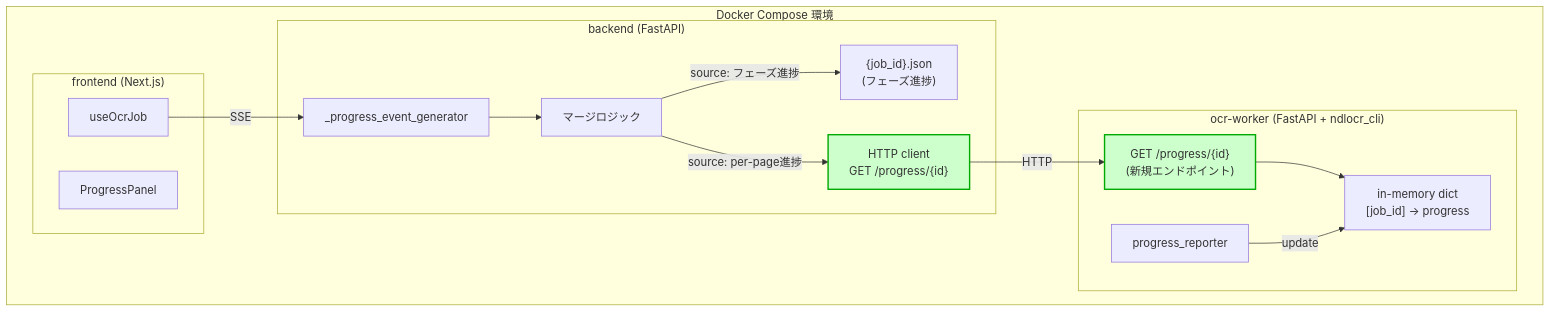
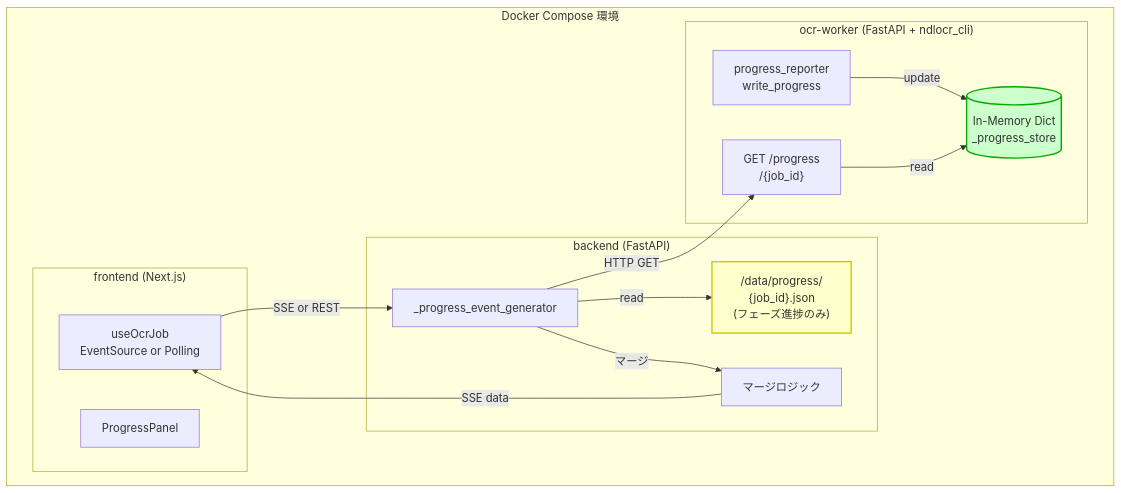
Before and after one commit to Hisao-Mizuochi-Develop/book2pdf: the third of 6 diagrams in docs/SY-CONTAINER-PROGRESS-API-DESIGN.md, drawn with Mermaid. The commit also changed other lines of this file and 3 other files, not shown here.

First line of the commit message:
docs(SY002001): restructure progress notification architecture specs

````diff
--- a/docs/SY-CONTAINER-PROGRESS-API-DESIGN.md
+++ b/docs/SY-CONTAINER-PROGRESS-API-DESIGN.md
@@ -110,33 +101,32 @@
 ```mermaid
 flowchart TB
     subgraph DockerCompose["Docker Compose 環境"]
         subgraph FE["frontend (Next.js)"]
             UI[ProgressPanel]
-            Hook[useOcrJob]
+            Hook["useOcrJob<br/>EventSource or Polling"]
         end
 
         subgraph BE["backend (FastAPI)"]
             Gen[_progress_event_generator]
-            Merge["マージロジック"]
-            FileBE["{job_id}.json<br/>(フェーズ進捗)"]
-            HTTP["HTTP client<br/>GET /progress/{id}"]
+            FileBE["/data/progress/<br/>{job_id}.json<br/>(フェーズ進捗のみ)"]
+            Merge[マージロジック]
         end
 
         subgraph OW["ocr-worker (FastAPI + ndlocr_cli)"]
-            Reporter[progress_reporter]
-            Dict["in-memory dict<br/>[job_id] → progress"]
-            EP["GET /progress/{id}<br/>(新規エンドポイント)"]
+            Reporter["progress_reporter<br/>write_progress"]
+            MEM[(In-Memory Dict<br/>_progress_store)]
+            EP["GET /progress<br/>/{job_id}"]
         end
     end
 
-    Hook -->|SSE| Gen
-    Gen --> Merge
-    Merge -->|source: フェーズ進捗| FileBE
-    Merge -->|source: per-page進捗| HTTP
-    HTTP -->|HTTP| EP
-    EP --> Dict
-    Reporter -->|update| Dict
+    Hook -->|SSE or REST| Gen
+    Gen -->|read| FileBE
+    Gen -->|HTTP GET| EP
+    Reporter -->|update| MEM
+    EP -->|read| MEM
+    Gen -->|マージ| Merge
+    Merge -->|SSE data| Hook
 
-    style HTTP fill:#ccffcc,stroke:#00aa00,stroke-width:2px
-    style EP fill:#ccffcc,stroke:#00aa00,stroke-width:2px
+    style MEM fill:#ccffcc,stroke:#00aa00,stroke-width:2px
+    style FileBE fill:#ffffcc,stroke:#cccc00,stroke-width:2px
 ```
````
